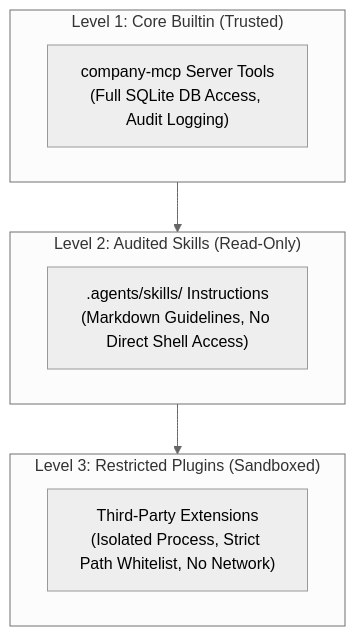
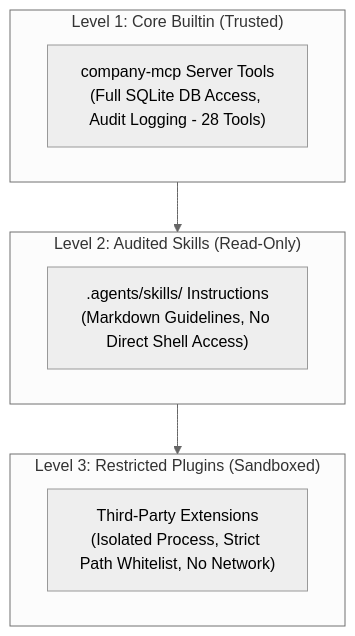
Before and after one commit to kietpro352010/AICO: the second of 2 diagrams in docs/blueprint/v3/08_SKILLS_TOOLS_AND_PLUGIN_ECOSYSTEM.md, drawn with Mermaid (neutral theme). The commit also changed other lines of this file and 11 other files, not shown here.

First line of the commit message:
docs(blueprint): reconcile v3 architecture, security gates, and contracts

````diff
--- a/docs/blueprint/v3/08_SKILLS_TOOLS_AND_PLUGIN_ECOSYSTEM.md
+++ b/docs/blueprint/v3/08_SKILLS_TOOLS_AND_PLUGIN_ECOSYSTEM.md
@@ -77,14 +84,14 @@
 ```mermaid
 flowchart TD
     subgraph Level1 ["Level 1: Core Builtin (Trusted)"]
-        L1["company-mcp Server Tools\n(Full SQLite DB Access, Audit Logging)"]
+        L1["company-mcp Server Tools\n(Full SQLite DB Access, Audit Logging - 28 Tools)"]
     end
     subgraph Level2 ["Level 2: Audited Skills (Read-Only)"]
         L2[".agents/skills/ Instructions\n(Markdown Guidelines, No Direct Shell Access)"]
     end
     subgraph Level3 ["Level 3: Restricted Plugins (Sandboxed)"]
         L3["Third-Party Extensions\n(Isolated Process, Strict Path Whitelist, No Network)"]
     end
 
     Level1 --> Level2 --> Level3
 ```
````
